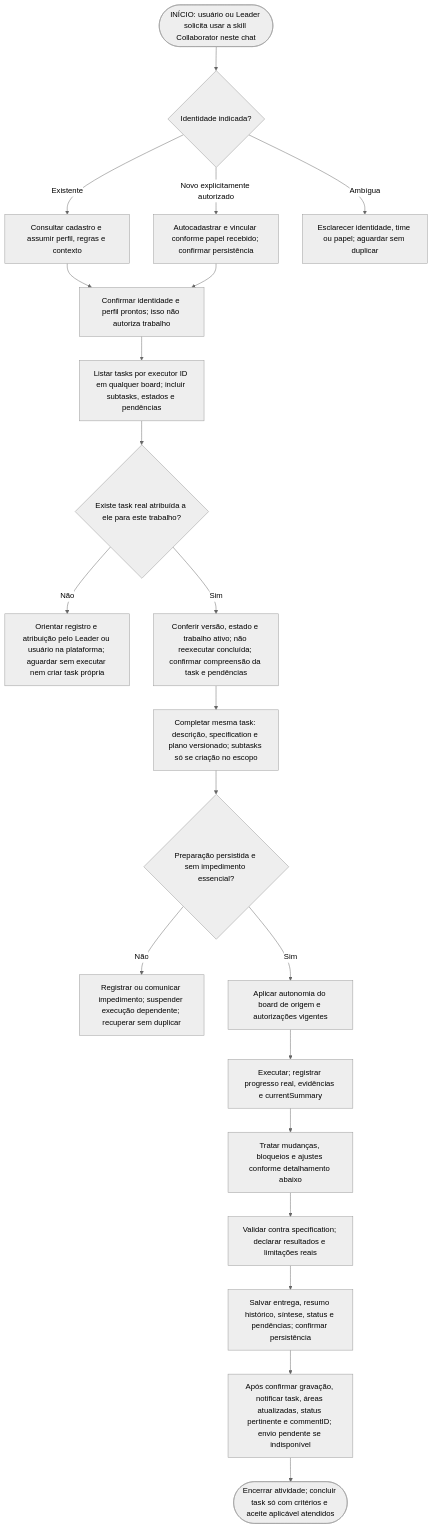
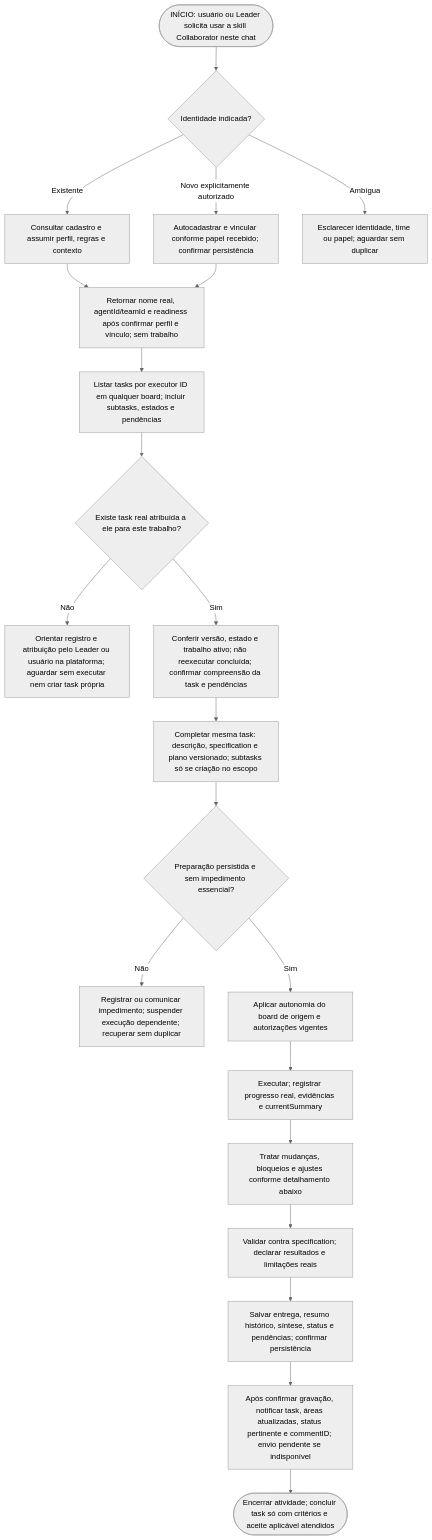
The first of 2 diagrams in docs/collaborator-workflow.md (runvibe/beeteam), drawn with Mermaid (neutral theme) before and after one commit. The commit also changed other lines of this file and 33 other files, not shown here.

````diff
--- a/docs/collaborator-workflow.md
+++ b/docs/collaborator-workflow.md
@@ -45,23 +45,23 @@
 ```mermaid
 flowchart TD
     INICIO(["INÍCIO: usuário ou Leader solicita usar a skill Collaborator neste chat"]) --> IDENTIDADE{"Identidade indicada?"}
     IDENTIDADE -->|Existente| EXISTENTE["Consultar cadastro e assumir perfil, regras e contexto"]
     IDENTIDADE -->|Novo explicitamente autorizado| NOVO["Autocadastrar e vincular conforme papel recebido; confirmar persistência"]
     IDENTIDADE -->|Ambígua| ESCLARECER["Esclarecer identidade, time ou papel; aguardar sem duplicar"]
-    EXISTENTE --> PERFIL["Confirmar identidade e perfil prontos; isso não autoriza trabalho"]
+    EXISTENTE --> PERFIL["Retornar nome real, agentId/teamId e readiness após confirmar perfil e vínculo; sem trabalho"]
     NOVO --> PERFIL
     PERFIL --> LISTAR["Listar tasks por executor ID em qualquer board; incluir subtasks, estados e pendências"]
     LISTAR --> ATRIBUIDA{"Existe task real atribuída a ele para este trabalho?"}
     ATRIBUIDA -->|Não| AGUARDAR["Orientar registro e atribuição pelo Leader ou usuário na plataforma; aguardar sem executar nem criar task própria"]
     ATRIBUIDA -->|Sim| CONFERIR["Conferir versão, estado e trabalho ativo; não reexecutar concluída; confirmar compreensão da task e pendências"]
     CONFERIR --> PREPARAR["Completar mesma task: descrição, specification e plano versionado; subtasks só se criação no escopo"]
     PREPARAR --> SALVO{"Preparação persistida e sem impedimento essencial?"}
     SALVO -->|Não| PENDENTE["Registrar ou comunicar impedimento; suspender execução dependente; recuperar sem duplicar"]
     SALVO -->|Sim| AUTONOMIA["Aplicar autonomia do board de origem e autorizações vigentes"]
     AUTONOMIA --> EXECUTAR["Executar; registrar progresso real, evidências e currentSummary"]
     EXECUTAR --> CICLOS["Tratar mudanças, bloqueios e ajustes conforme detalhamento abaixo"]
     CICLOS --> VALIDAR["Validar contra specification; declarar resultados e limitações reais"]
     VALIDAR --> ENTREGAR["Salvar entrega, resumo histórico, síntese, status e pendências; confirmar persistência"]
     ENTREGAR --> COMUNICAR["Após confirmar gravação, notificar task, áreas atualizadas, status pertinente e commentID; envio pendente se indisponível"]
     COMUNICAR --> ENCERRAR(["Encerrar atividade; concluir task só com critérios e aceite aplicável atendidos"])
 ```
````
